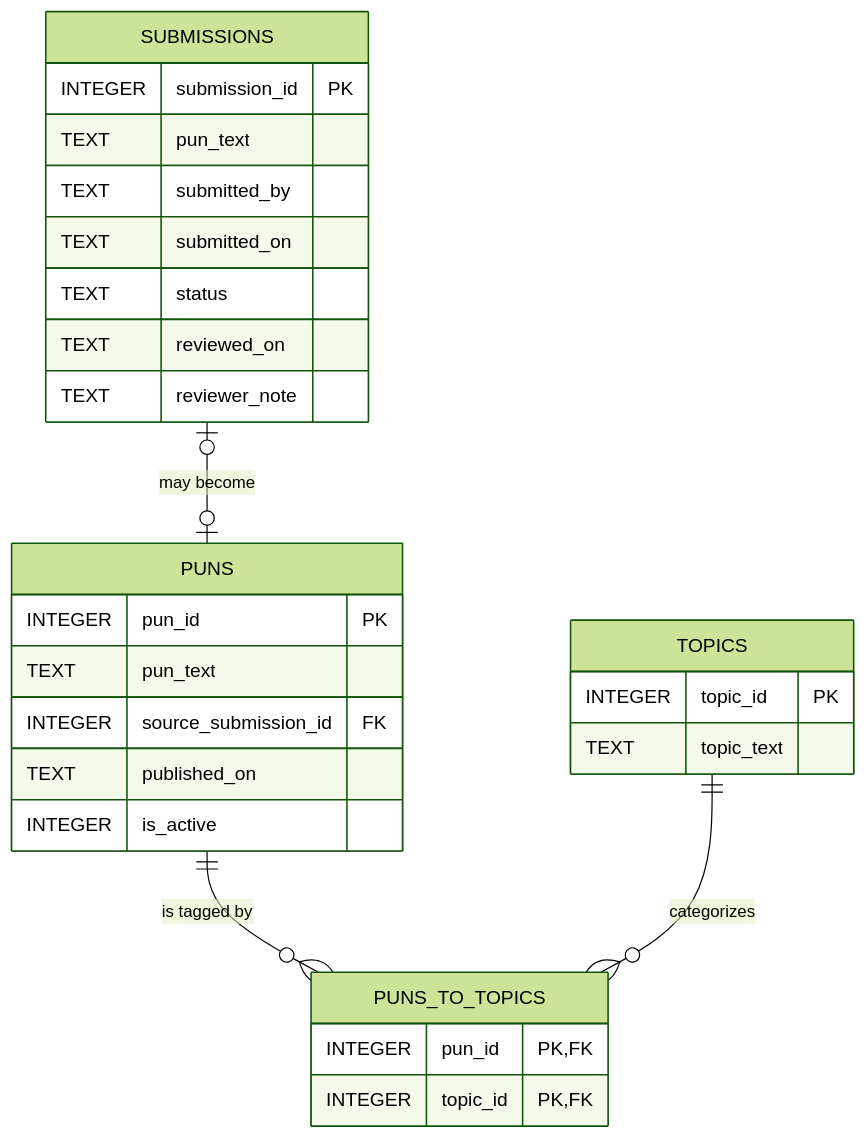
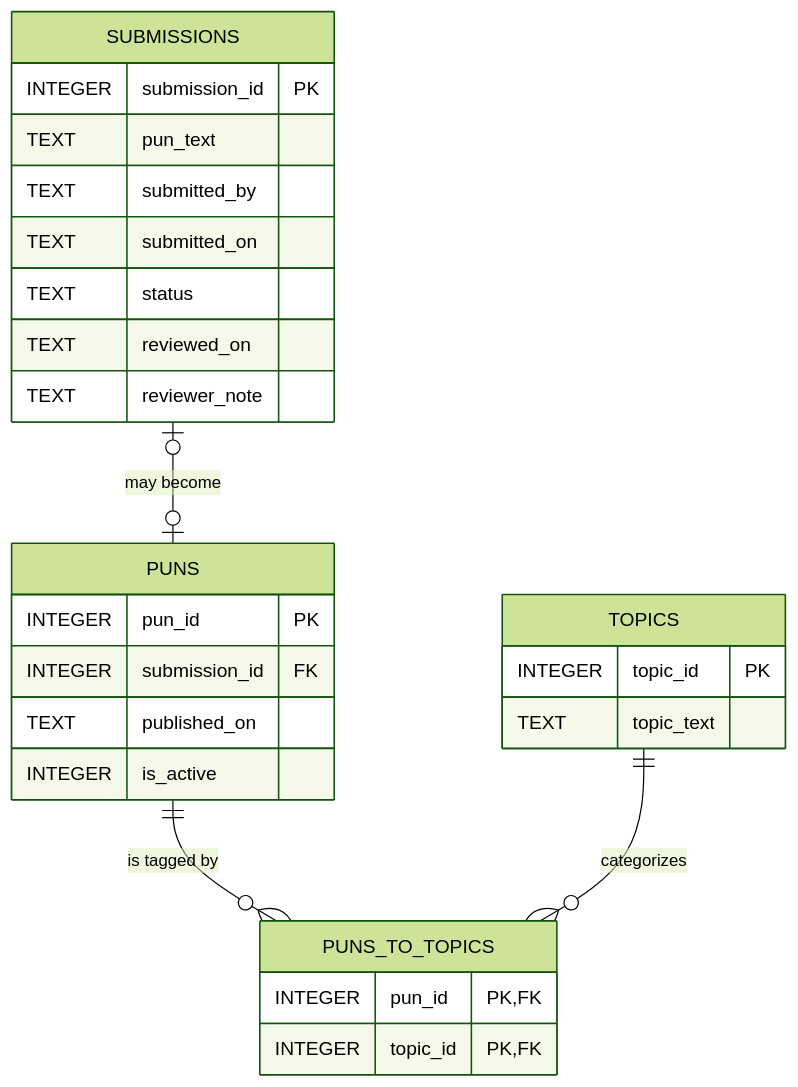
Before and after one commit to departmentofpuns/departmentofpuns-site: the diagram in docs/database-schema.md, drawn with Mermaid (forest theme). The commit also changed other lines of this file and 4 other files, not shown here.

````diff
--- a/docs/database-schema.md
+++ b/docs/database-schema.md
@@ -5,34 +5,33 @@
 ```mermaid
 erDiagram
   SUBMISSIONS o|--o| PUNS : "may become"
   PUNS ||--o{ PUNS_TO_TOPICS : "is tagged by"
   TOPICS ||--o{ PUNS_TO_TOPICS : "categorizes"
 
   SUBMISSIONS {
     INTEGER submission_id PK
     TEXT pun_text
     TEXT submitted_by
     TEXT submitted_on
     TEXT status
     TEXT reviewed_on
     TEXT reviewer_note
   }
 
   PUNS {
     INTEGER pun_id PK
-    TEXT pun_text
-    INTEGER source_submission_id FK
+    INTEGER submission_id FK
     TEXT published_on
     INTEGER is_active
   }
 
   TOPICS {
     INTEGER topic_id PK
     TEXT topic_text
   }
 
   PUNS_TO_TOPICS {
     INTEGER pun_id PK, FK
     INTEGER topic_id PK, FK
   }
 ```
````
